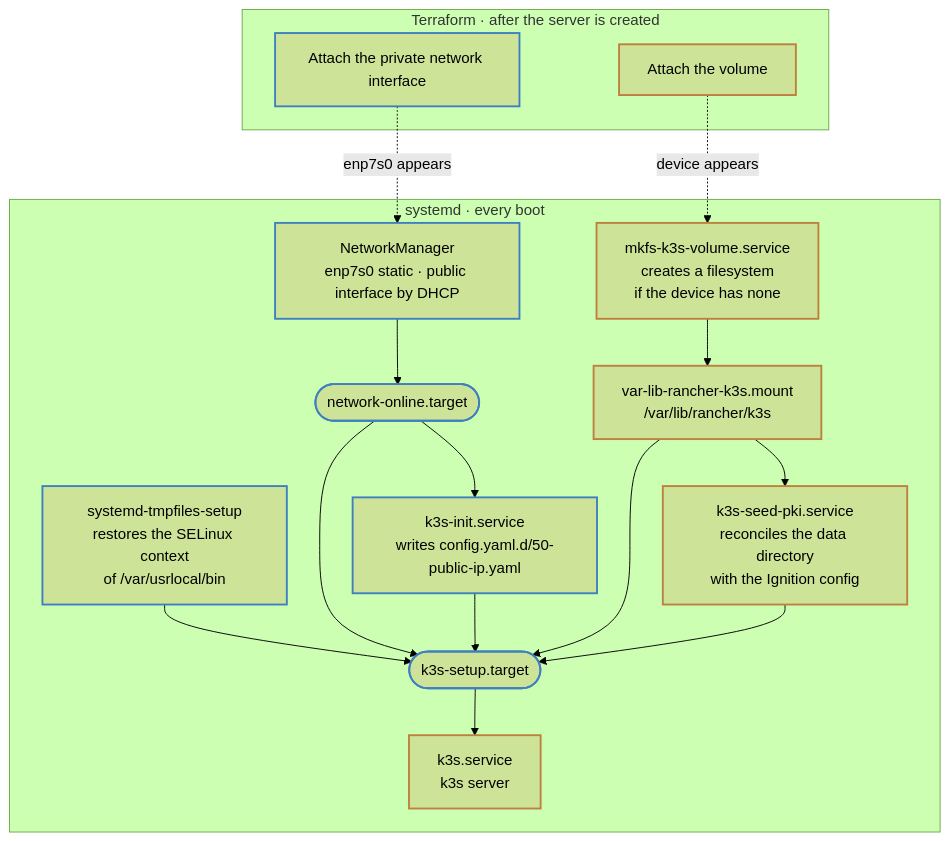
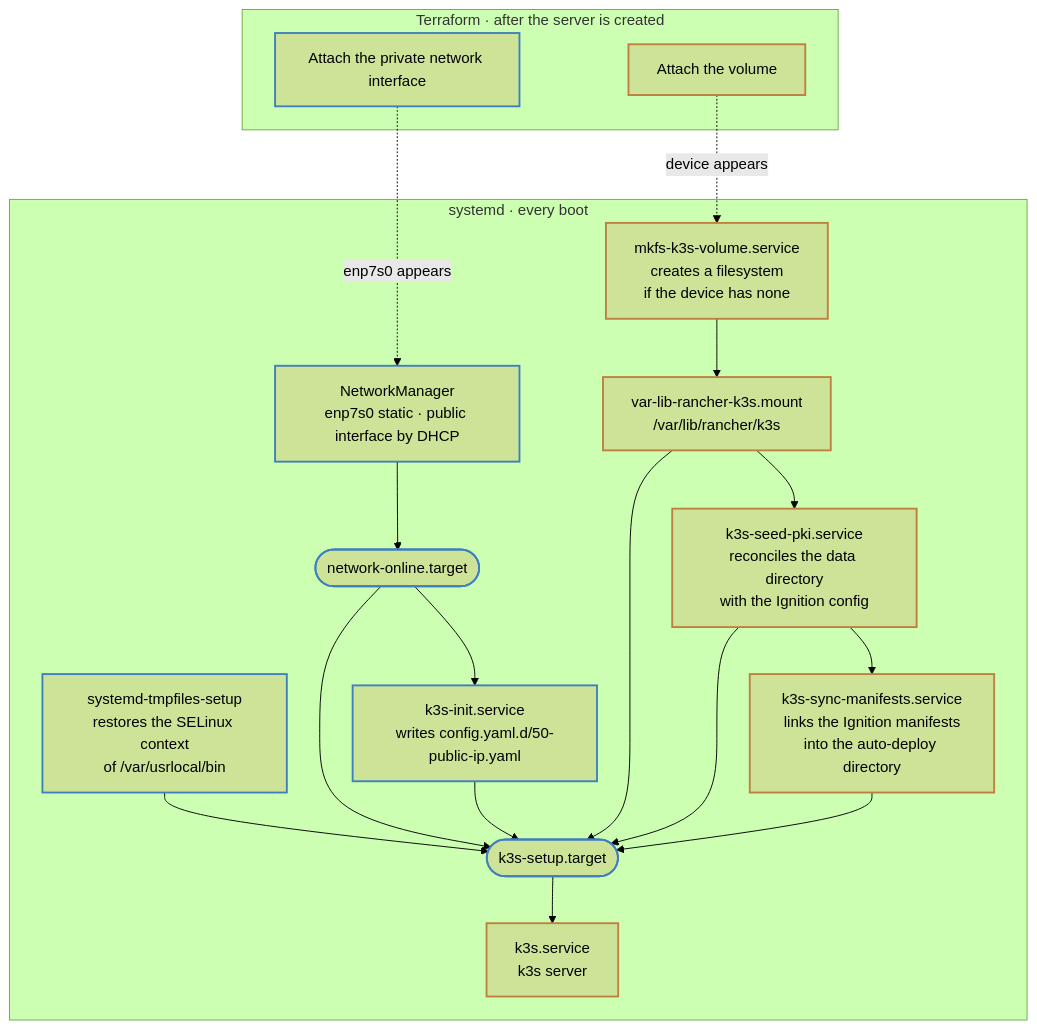
Before and after one commit to lthms/raya: the diagram in docs/boot.md, drawn with Mermaid (forest theme). The commit also changed other lines of this file and 4 other files, not shown here.

````diff
--- a/docs/boot.md
+++ b/docs/boot.md
@@ -40,38 +40,40 @@
 ```mermaid
 graph TB
   subgraph terraform["Terraform · after the server is created"]
     attach_nic["Attach the private network interface"]
     attach_vol["Attach the volume"]
   end
 
   subgraph systemd["systemd · every boot"]
     tmpfiles["systemd-tmpfiles-setup<br/>restores the SELinux context<br/>of /var/usrlocal/bin"]
     nm["NetworkManager<br/>enp7s0 static · public interface by DHCP"]
     online(["network-online.target"])
     init["k3s-init.service<br/>writes config.yaml.d/50-public-ip.yaml"]
     mkfs["mkfs-k3s-volume.service<br/>creates a filesystem<br/>if the device has none"]
     mount["var-lib-rancher-k3s.mount<br/>/var/lib/rancher/k3s"]
     seed["k3s-seed-pki.service<br/>reconciles the data directory<br/>with the Ignition config"]
+    manifests["k3s-sync-manifests.service<br/>links the Ignition manifests<br/>into the auto-deploy directory"]
     setup(["k3s-setup.target"])
     k3s["k3s.service<br/>k3s server"]
 
     nm --> online --> init
-    mkfs --> mount --> seed
+    mkfs --> mount --> seed --> manifests
 
     tmpfiles --> setup
     online --> setup
     init --> setup
     mount --> setup
     seed --> setup
+    manifests --> setup
     setup --> k3s
   end
 
   attach_nic -.->|enp7s0 appears| nm
   attach_vol -.->|device appears| mkfs
 
   classDef shared stroke:#3f7fbf,stroke-width:2px
   classDef control stroke:#bf7f3f,stroke-width:2px
 
   class attach_nic,tmpfiles,nm,online,init,setup shared
-  class attach_vol,mkfs,mount,seed,k3s control
+  class attach_vol,mkfs,mount,seed,manifests,k3s control
 ```
````
